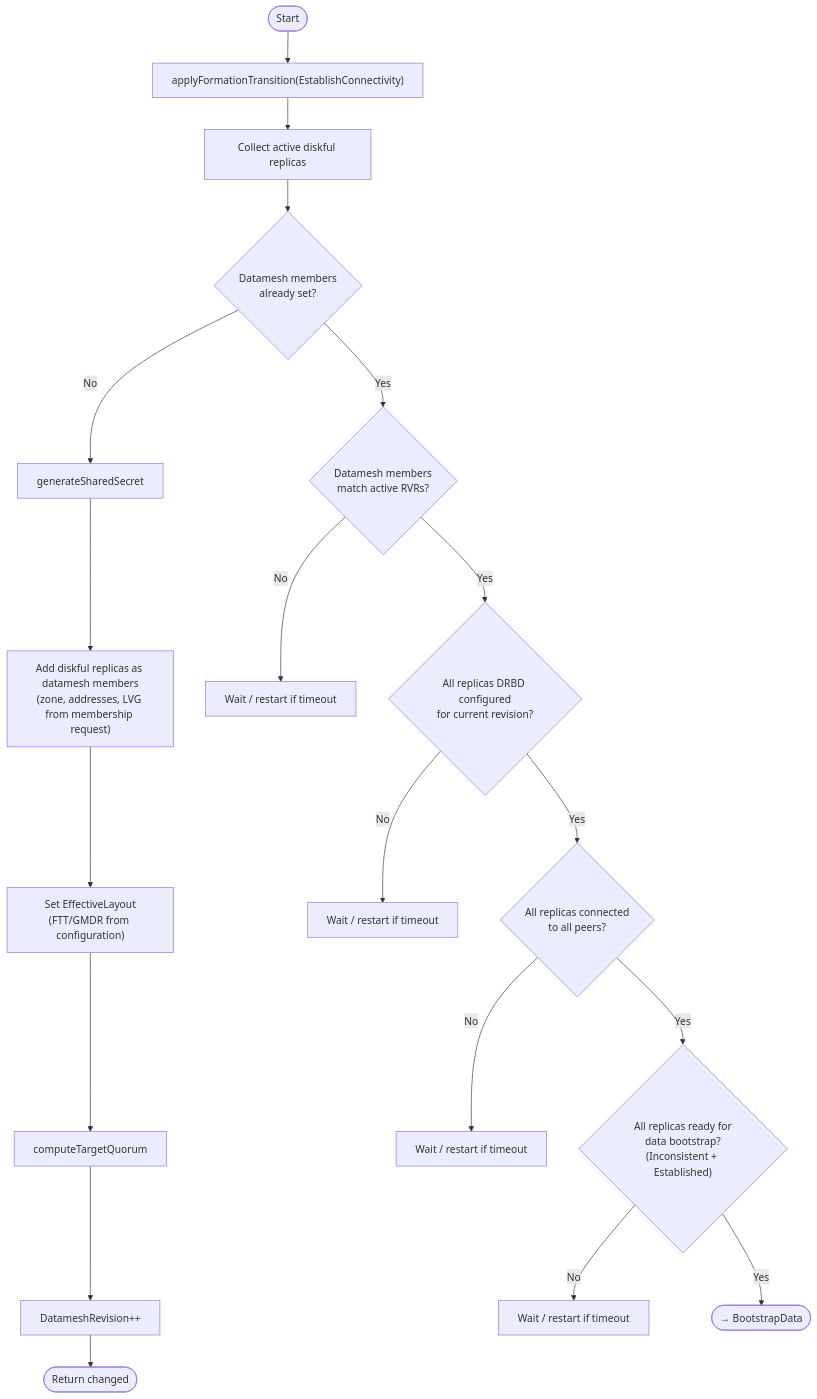
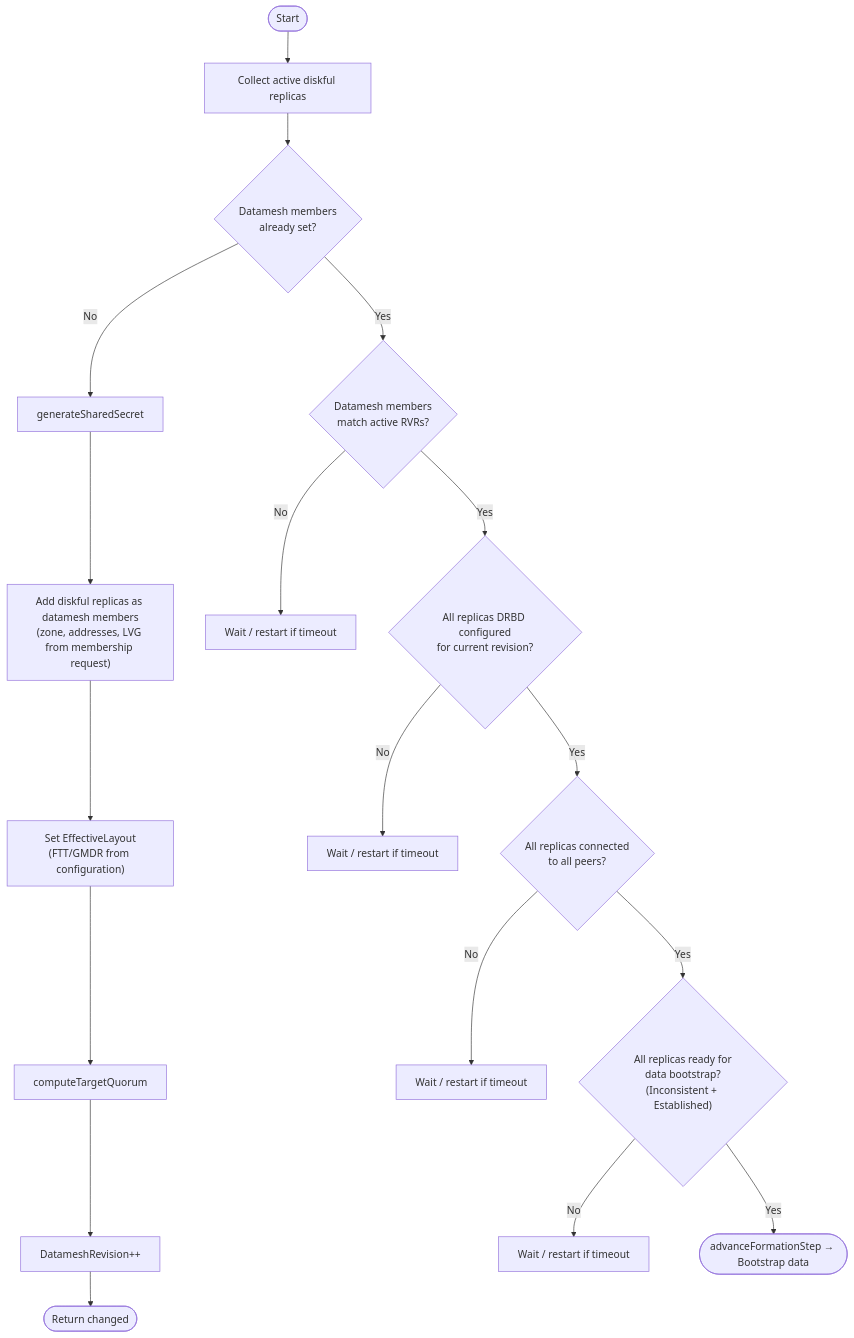
One commit to deckhouse/sds-replicated-volume changed the sixth of 13 diagrams in images/controller/internal/controllers/rv_controller/README.md. Above: the diagram before and after it, drawn with Mermaid. The commit also changed other lines of this file and 13 other files, not shown here.

````diff
--- a/images/controller/internal/controllers/rv_controller/README.md
+++ b/images/controller/internal/controllers/rv_controller/README.md
@@ -564,27 +565,26 @@
 ```mermaid
 flowchart TD
-    Start([Start]) --> ApplyTransition["applyFormationTransition(EstablishConnectivity)"]
-    ApplyTransition --> CollectDiskful[Collect active diskful replicas]
+    Start([Start]) --> CollectDiskful[Collect active diskful replicas]
 
     CollectDiskful --> CheckMembers{Datamesh members<br/>already set?}
     CheckMembers -->|No| GenSecret[generateSharedSecret]
     GenSecret --> AddMembers["Add diskful replicas as datamesh members<br/>(zone, addresses, LVG from membership request)"]
     AddMembers --> SetEL["Set EffectiveLayout<br/>(FTT/GMDR from configuration)"]
     SetEL --> SetQuorum[computeTargetQuorum]
     SetQuorum --> IncrRevision["DatameshRevision++"]
     IncrRevision --> ReturnChanged([Return changed])
 
     CheckMembers -->|Yes| VerifyMembers{"Datamesh members<br/>match active RVRs?"}
     VerifyMembers -->|No| WaitRestart1[Wait / restart if timeout]
 
     VerifyMembers -->|Yes| CheckConfigured{"All replicas DRBD configured<br/>for current revision?"}
     CheckConfigured -->|No| WaitRestart2[Wait / restart if timeout]
 
     CheckConfigured -->|Yes| CheckConnected{"All replicas connected<br/>to all peers?"}
     CheckConnected -->|No| WaitRestart3[Wait / restart if timeout]
 
     CheckConnected -->|Yes| CheckBootstrapReady{"All replicas ready for<br/>data bootstrap?<br/>(Inconsistent + Established)"}
     CheckBootstrapReady -->|No| WaitRestart4[Wait / restart if timeout]
 
-    CheckBootstrapReady -->|Yes| NextPhase([→ BootstrapData])
+    CheckBootstrapReady -->|Yes| NextStep(["advanceFormationStep → Bootstrap data"])
 ```
````
